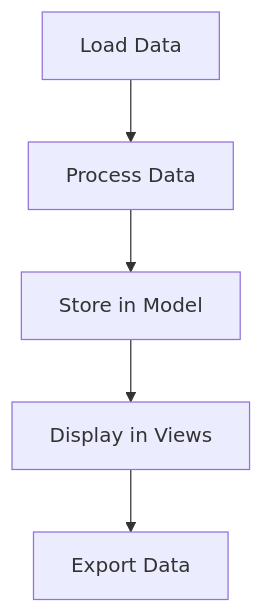
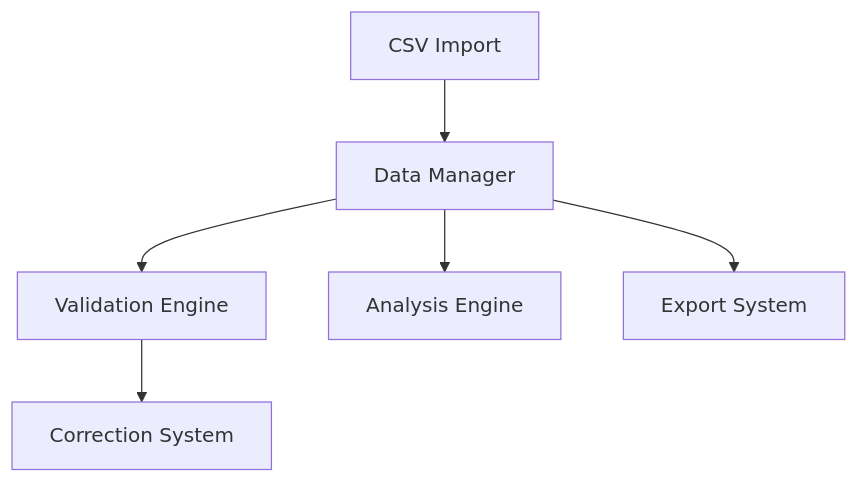
Before and after one commit to LinkesAuge/ChestBuddy: the sixth of 7 diagrams in memory-bank/systemPatterns.md, drawn with Mermaid. The commit also changed other lines of this file, not shown here.

Commit message:
Update systemPatterns.md with UI component patterns

````diff
--- a/memory-bank/systemPatterns.md
+++ b/memory-bank/systemPatterns.md
@@ -181,7 +131,15 @@
 ```mermaid
 graph TD
-    Load[Load Data] --> Process[Process Data]
-    Process --> Store[Store in Model]
-    Store --> Display[Display in Views]
-    Display --> Export[Export Data]
+    CSVImport[CSV Import]
+    DataManager[Data Manager]
+    ValidationEngine[Validation Engine]
+    CorrectionSystem[Correction System]
+    AnalysisEngine[Analysis Engine]
+    ExportSystem[Export System]
+    
+    CSVImport --> DataManager
+    DataManager --> ValidationEngine
+    ValidationEngine --> CorrectionSystem
+    DataManager --> AnalysisEngine
+    DataManager --> ExportSystem
 ```
````
